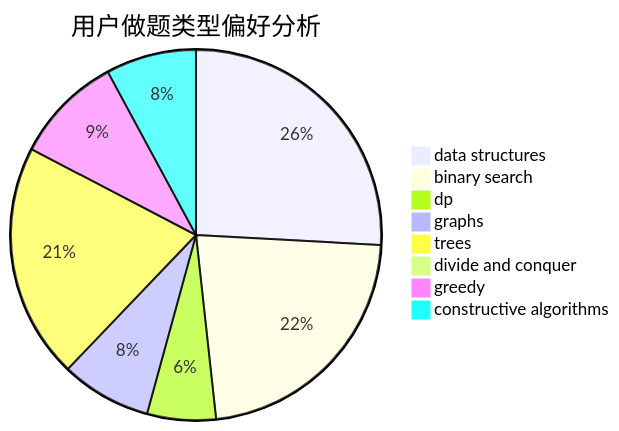
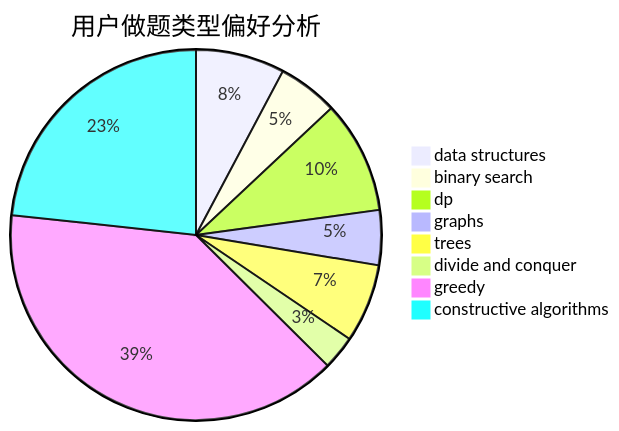
The second of 3 diagrams in docs/user/u602.md (sherpahu/cfrs.github.io), drawn with Mermaid before and after one commit. The commit also changed other lines of this file and 2770 other files, not shown here.

````diff
--- a/docs/user/u602.md
+++ b/docs/user/u602.md
@@ -23,11 +23,11 @@
 ```mermaid
 pie title 用户做题类型偏好分析
-    "data structures" :  82
-    "binary search" :  71
-    "dp" :  19
-    "graphs" :  25
-    "trees" :  65
-    "divide and conquer" :  0
-    "greedy" :  30
-    "constructive algorithms" :  25
+    "data structures" :  34
+    "binary search" :  23
+    "dp" :  43
+    "graphs" :  21
+    "trees" :  30
+    "divide and conquer" :  13
+    "greedy" :  172
+    "constructive algorithms" :  102
 ```
````
